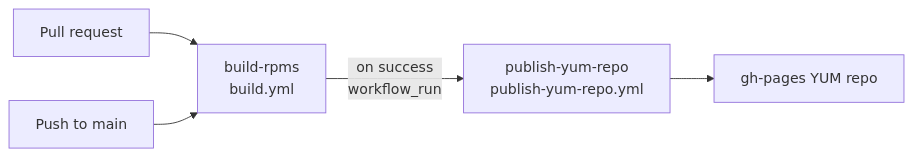
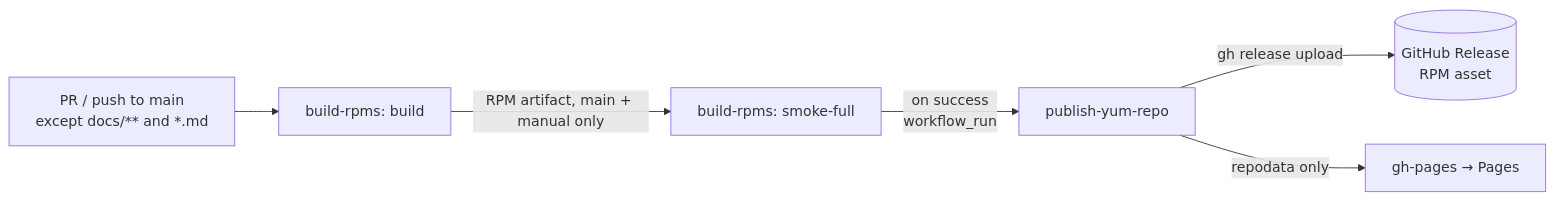
One commit to duynhlab/packages changed the second of 2 diagrams in README.md. Above: the diagram before and after it, drawn with Mermaid. The commit also changed other lines of this file, not shown here.

````diff
--- a/README.md
+++ b/README.md
@@ -81,7 +81,8 @@
 ```mermaid
 flowchart LR
-  PR[Pull request] --> B
-  PUSH[Push to main] --> B
-  B[build-rpms<br/>build.yml] -->|on success<br/>workflow_run| P[publish-yum-repo<br/>publish-yum-repo.yml]
-  P --> PAGES[gh-pages YUM repo]
+  PR[PR / push to main<br/>except docs/** and *.md] --> B[build-rpms: build]
+  B -->|RPM artifact, main + manual only| S[build-rpms: smoke-full]
+  S -->|on success<br/>workflow_run| P[publish-yum-repo]
+  P -->|gh release upload| REL[(GitHub Release<br/>RPM asset)]
+  P -->|repodata only| PAGES[gh-pages → Pages]
 ```
````
